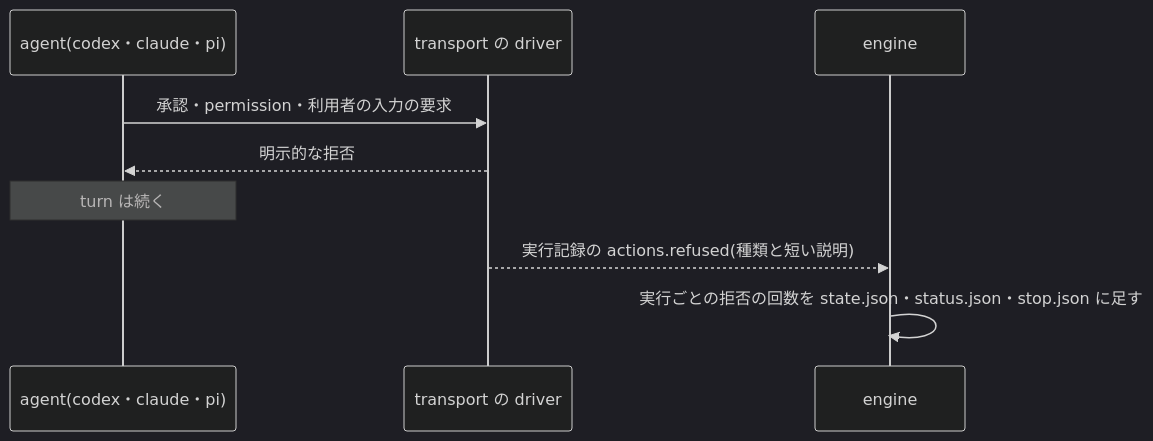
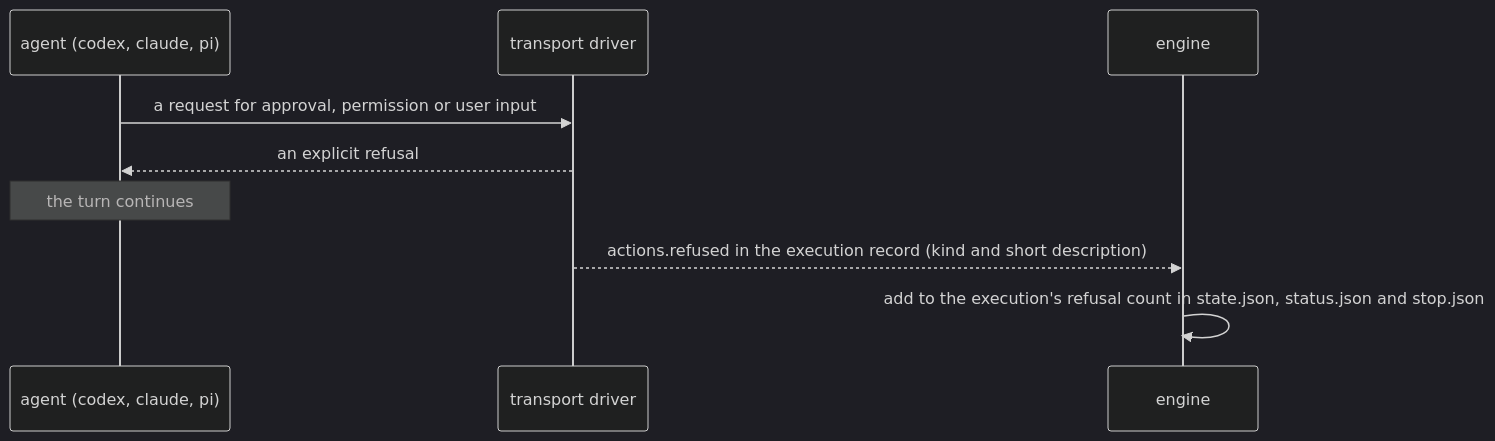
One commit to takezoh/loop-engine changed the seventh of 8 diagrams in ARCHITECTURE.md. Above: the diagram before and after it, drawn with Mermaid (dark theme). The commit also changed other lines of this file and 43 other files, not shown here.

````diff
--- a/ARCHITECTURE.md
+++ b/ARCHITECTURE.md
@@ -280,11 +281,11 @@
 ```mermaid
 sequenceDiagram
-  participant G as agent(codex・claude・pi)
-  participant D as transport の driver
+  participant G as agent (codex, claude, pi)
+  participant D as transport driver
   participant U as engine
-  G->>D: 承認・permission・利用者の入力の要求
-  D-->>G: 明示的な拒否
-  Note over G: turn は続く
-  D-->>U: 実行記録の actions.refused(種類と短い説明)
-  U->>U: 実行ごとの拒否の回数を state.json・status.json・stop.json に足す
+  G->>D: a request for approval, permission or user input
+  D-->>G: an explicit refusal
+  Note over G: the turn continues
+  D-->>U: actions.refused in the execution record (kind and short description)
+  U->>U: add to the execution's refusal count in state.json, status.json and stop.json
 ```
````
